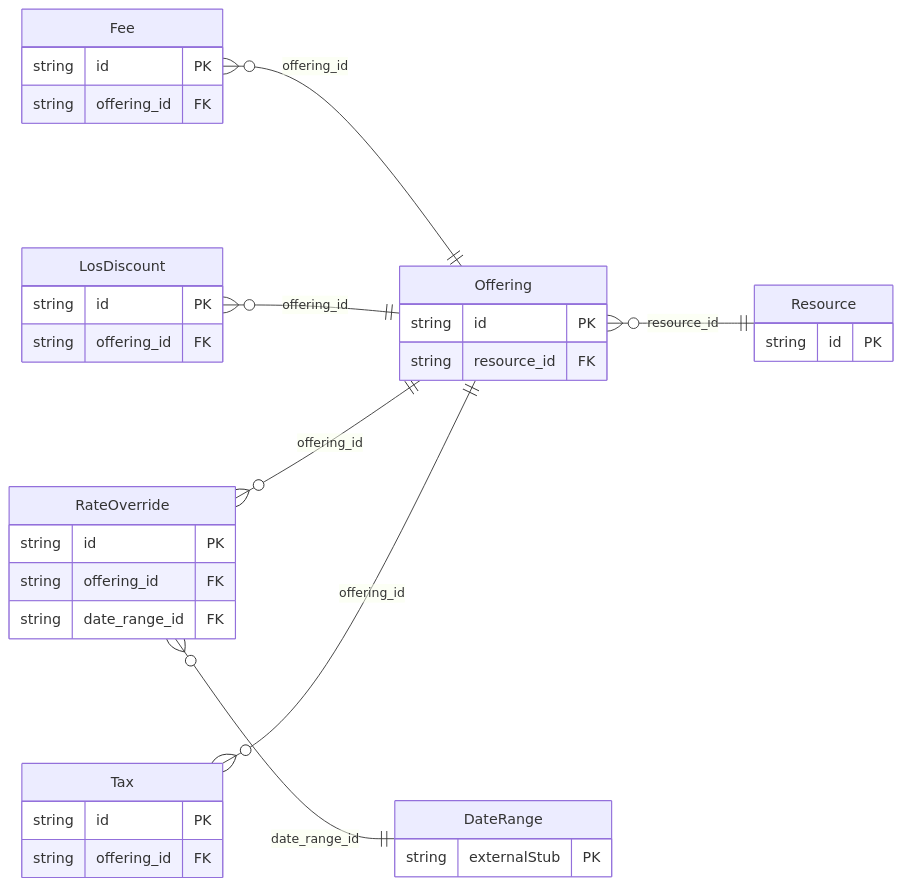
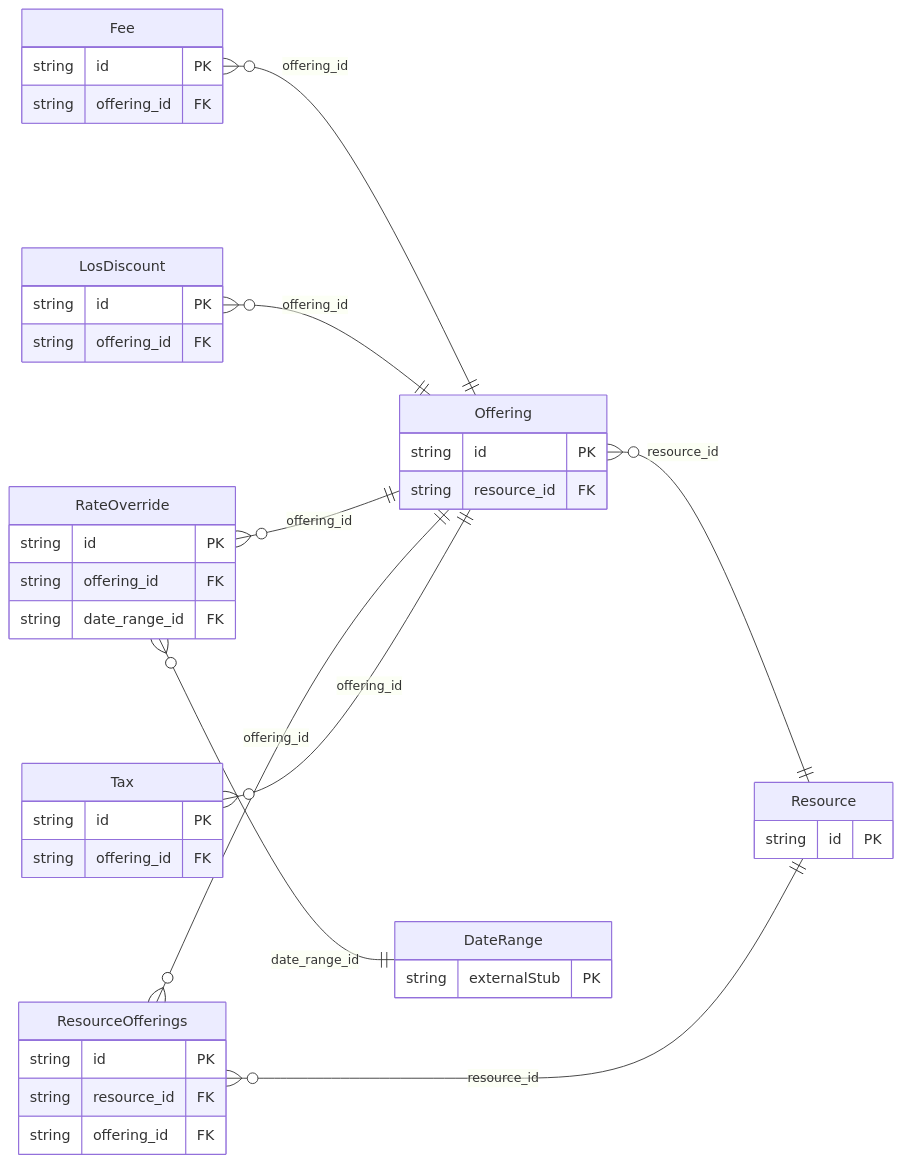
One commit to oh-tarnished/freebusy changed the diagram in protobuf/generated/prisma/freebusy/resource/README.md. Above: the diagram before and after it, drawn with Mermaid. The commit also changed other lines of this file and 22 other files, not shown here.

````diff
--- a/protobuf/generated/prisma/freebusy/resource/README.md
+++ b/protobuf/generated/prisma/freebusy/resource/README.md
@@ -13,37 +13,44 @@
 ```mermaid
 erDiagram
     direction LR
     Fee {
         string id PK
         string offering_id FK
     }
     LosDiscount {
         string id PK
         string offering_id FK
     }
     Offering {
         string id PK
         string resource_id FK
     }
     RateOverride {
         string id PK
         string offering_id FK
         string date_range_id FK
     }
     Resource {
         string id PK
     }
+    ResourceOfferings {
+        string id PK
+        string resource_id FK
+        string offering_id FK
+    }
     Tax {
         string id PK
         string offering_id FK
     }
     DateRange {
         string externalStub PK
     }
     Fee }o--|| Offering : "offering_id"
     LosDiscount }o--|| Offering : "offering_id"
     Offering }o--|| Resource : "resource_id"
     RateOverride }o--|| Offering : "offering_id"
     RateOverride }o--|| DateRange : "date_range_id"
+    ResourceOfferings }o--|| Resource : "resource_id"
+    ResourceOfferings }o--|| Offering : "offering_id"
     Tax }o--|| Offering : "offering_id"
 ```
````
